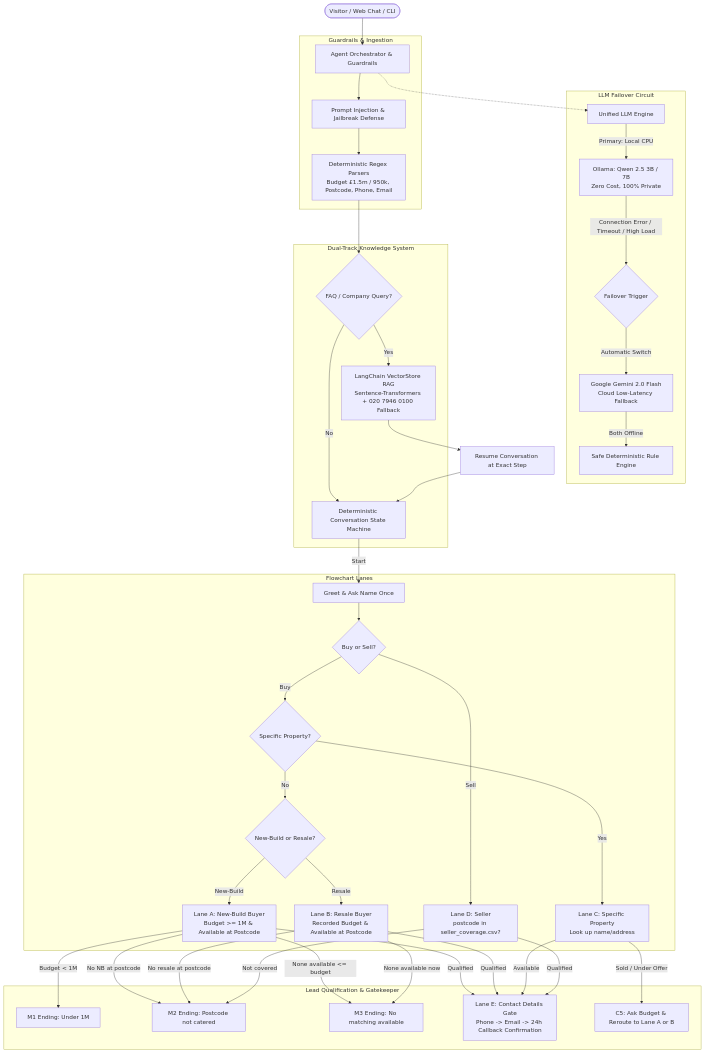
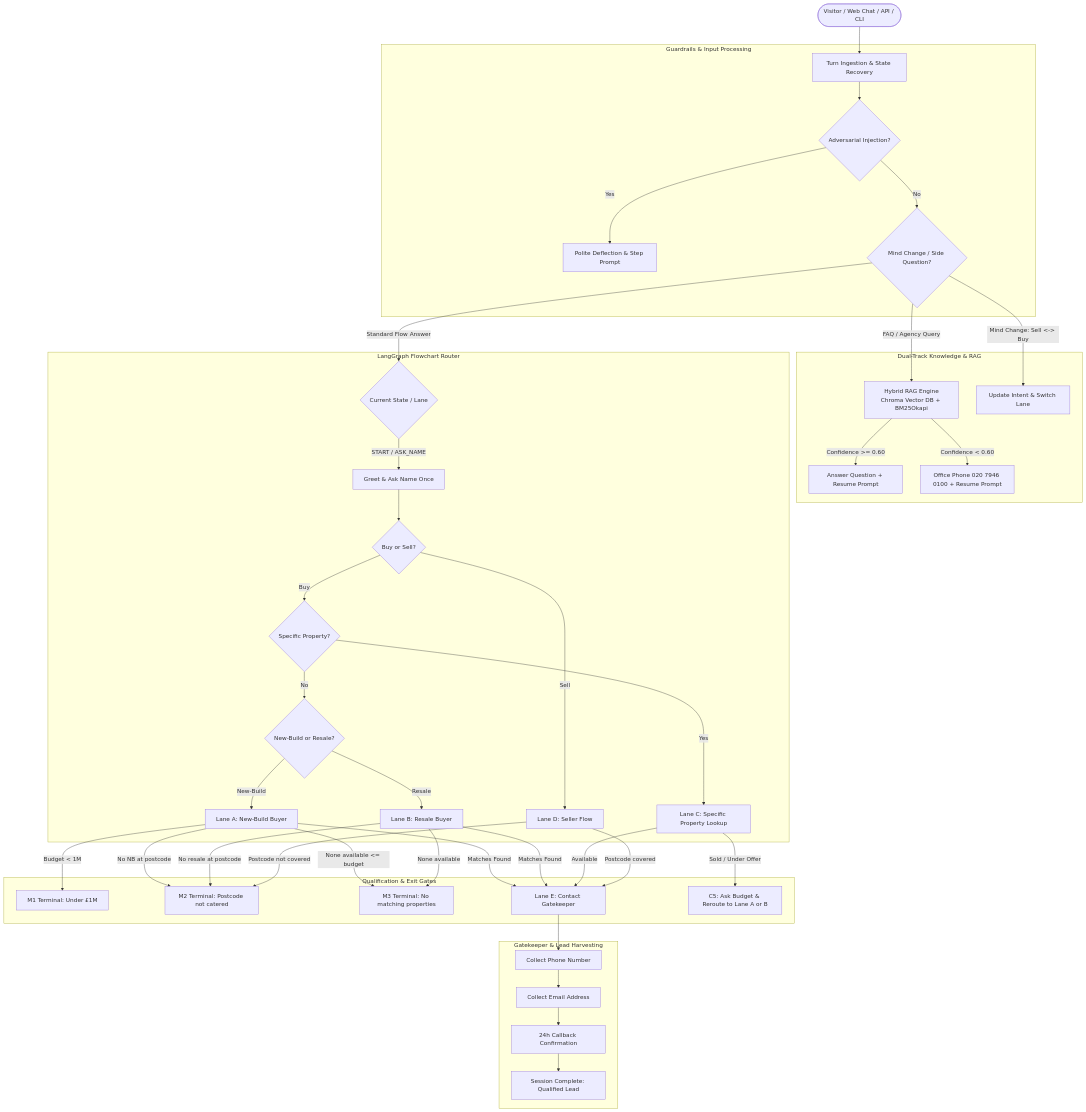
One commit to preethikaa-k/Lead-Qualification-AI-Chatbot changed the diagram in README.md. Above: the diagram before and after it, drawn with Mermaid. The commit also changed other lines of this file, not shown here.

````diff
--- a/README.md
+++ b/README.md
@@ -25,57 +60,56 @@
 ```mermaid
 flowchart TD
-    User([Visitor / Web Chat / CLI]) --> Router[Agent Orchestrator & Guardrails]
+    User([Visitor / Web Chat / API / CLI]) --> Ingest[Turn Ingestion & State Recovery]
     
-    subgraph Guardrails & Ingestion
-        Router --> InjectionGuard[Prompt Injection & Jailbreak Defense]
-        InjectionGuard --> InputParsers[Deterministic Regex Parsers\nBudget £1.5m / 950k, Postcode, Phone, Email]
+    subgraph Guardrails & Input Processing
+        Ingest --> InjectionGuard{Adversarial Injection?}
+        InjectionGuard -->|Yes| Deflect[Polite Deflection & Step Prompt]
+        InjectionGuard -->|No| MindChangeCheck{Mind Change / Side Question?}
     end
 
-    subgraph LLM Failover Circuit
-        Router -.-> LLMOrchestrator[Unified LLM Engine]
-        LLMOrchestrator -->|Primary: Local CPU| Qwen[Ollama: Qwen 2.5 3B / 7B\nZero Cost, 100% Private]
-        Qwen -->|Connection Error / Timeout / High Load| FailoverTrigger{Failover Trigger}
-        FailoverTrigger -->|Automatic Switch| Gemini[Google Gemini 2.0 Flash\nCloud Low-Latency Fallback]
-        Gemini -->|Both Offline| RuleFallback[Safe Deterministic Rule Engine]
+    subgraph Dual-Track Knowledge & RAG
+        MindChangeCheck -->|FAQ / Agency Query| FAQRAG[Hybrid RAG Engine\nChroma Vector DB + BM25Okapi]
+        FAQRAG -->|Confidence >= 0.60| AnswerResume[Answer Question + Resume Prompt]
+        FAQRAG -->|Confidence < 0.60| OfficeFallback[Office Phone 020 7946 0100 + Resume Prompt]
+        MindChangeCheck -->|Mind Change: Sell <-> Buy| RerouteLane[Update Intent & Switch Lane]
     end
 
-    subgraph Dual-Track Knowledge System
-        InputParsers --> FAQCheck{FAQ / Company Query?}
-        FAQCheck -->|Yes| FAQRAG[LangChain VectorStore RAG\nSentence-Transformers + 020 7946 0100 Fallback]
-        FAQCheck -->|No| FlowGraph[Deterministic Conversation State Machine]
+    subgraph LangGraph Flowchart Router
+        MindChangeCheck -->|Standard Flow Answer| FlowRouter{Current State / Lane}
+        FlowRouter -->|START / ASK_NAME| GreetNode[Greet & Ask Name Once]
+        GreetNode --> BuyOrSell{Buy or Sell?}
+        
+        BuyOrSell -->|Sell| LaneD[Lane D: Seller Flow]
+        BuyOrSell -->|Buy| SpecProp{Specific Property?}
+        
+        SpecProp -->|Yes| LaneC[Lane C: Specific Property Lookup]
+        SpecProp -->|No| BuildChoice{New-Build or Resale?}
+        
+        BuildChoice -->|New-Build| LaneA[Lane A: New-Build Buyer]
+        BuildChoice -->|Resale| LaneB[Lane B: Resale Buyer]
     end
 
-    subgraph Flowchart Lanes
-        FlowGraph -->|Start| S[Greet & Ask Name Once]
-        S --> BS{Buy or Sell?}
-        
-        BS -->|Sell| LaneD[Lane D: Seller\npostcode in seller_coverage.csv?]
-        BS -->|Buy| SpecProp{Specific Property?}
-        
-        SpecProp -->|Yes| LaneC[Lane C: Specific Property\nLook up name/address]
-        SpecProp -->|No| CatChoice{New-Build or Resale?}
-        
-        CatChoice -->|New-Build| LaneA[Lane A: New-Build Buyer\nBudget >= 1M & Available at Postcode]
-        CatChoice -->|Resale| LaneB[Lane B: Resale Buyer\nRecorded Budget & Available at Postcode]
-    end
-
-    subgraph Lead Qualification & Gatekeeper
-        LaneA -->|Budget < 1M| M1[M1 Ending: Under 1M]
-        LaneA -->|No NB at postcode| M2[M2 Ending: Postcode not catered]
-        LaneA -->|None available <= budget| M3[M3 Ending: No matching available]
-        LaneA -->|Qualified| LaneE[Lane E: Contact Details Gate\nPhone -> Email -> 24h Callback Confirmation]
+    subgraph Qualification & Exit Gates
+        LaneA -->|Budget < 1M| M1[M1 Terminal: Under £1M]
+        LaneA -->|No NB at postcode| M2[M2 Terminal: Postcode not catered]
+        LaneA -->|None available <= budget| M3[M3 Terminal: No matching properties]
+        LaneA -->|Matches Found| LaneE[Lane E: Contact Gatekeeper]
 
         LaneB -->|No resale at postcode| M2
-        LaneB -->|None available now| M3
-        LaneB -->|Qualified| LaneE
+        LaneB -->|None available| M3
+        LaneB -->|Matches Found| LaneE
 
         LaneC -->|Available| LaneE
         LaneC -->|Sold / Under Offer| C_Reroute[C5: Ask Budget & Reroute to Lane A or B]
 
-        LaneD -->|Not covered| M2
-        LaneD -->|Qualified| LaneE
+        LaneD -->|Postcode not covered| M2
+        LaneD -->|Postcode covered| LaneE
     end
 
-    FAQRAG --> Resume[Resume Conversation at Exact Step]
-    Resume --> FlowGraph
+    subgraph Gatekeeper & Lead Harvesting
+        LaneE --> Phone[Collect Phone Number]
+        Phone --> Email[Collect Email Address]
+        Email --> Confirm[24h Callback Confirmation]
+        Confirm --> Closed[Session Complete: Qualified Lead]
+    end
 ```
````
